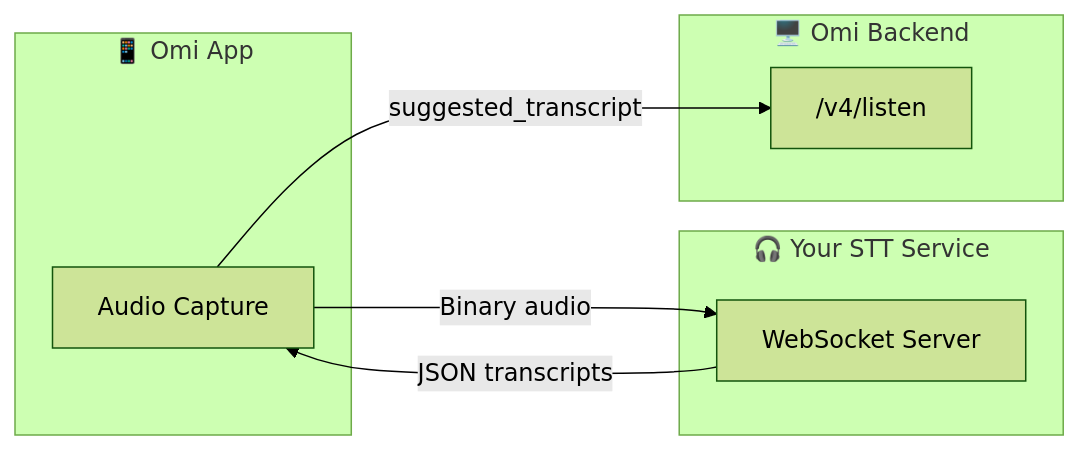
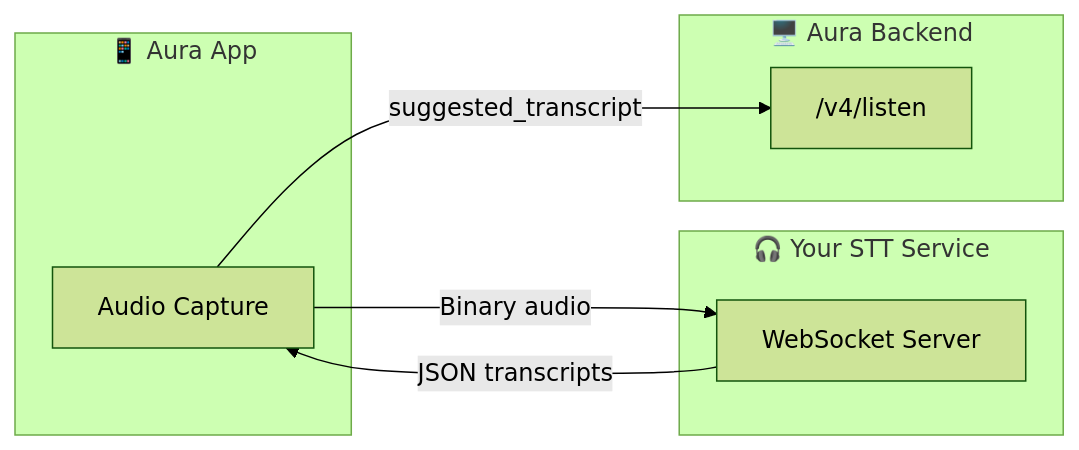
The third of 5 diagrams in docs/doc/developer/backend/transcription.mdx (thesohamdatta/Aura-Wearable-AI), drawn with Mermaid (forest theme) before and after one commit. The commit also changed other lines of this file and 161 other files, not shown here.

Commit message:
chore: sanitize Omi branding to Aura across repository

````diff
--- a/docs/doc/developer/backend/transcription.mdx
+++ b/docs/doc/developer/backend/transcription.mdx
@@ -197,18 +197,18 @@
 ```mermaid
 flowchart LR
-    subgraph App["📱 Omi App"]
+    subgraph App["📱 Aura App"]
         Capture[Audio Capture]
     end
 
     subgraph Custom["🎧 Your STT Service"]
         WS[WebSocket Server]
     end
 
-    subgraph Backend["🖥️ Omi Backend"]
+    subgraph Backend["🖥️ Aura Backend"]
         API["/v4/listen"]
     end
 
     Capture -->|Binary audio| WS
     WS -->|JSON transcripts| Capture
     Capture -->|suggested_transcript| API
 ```
````
